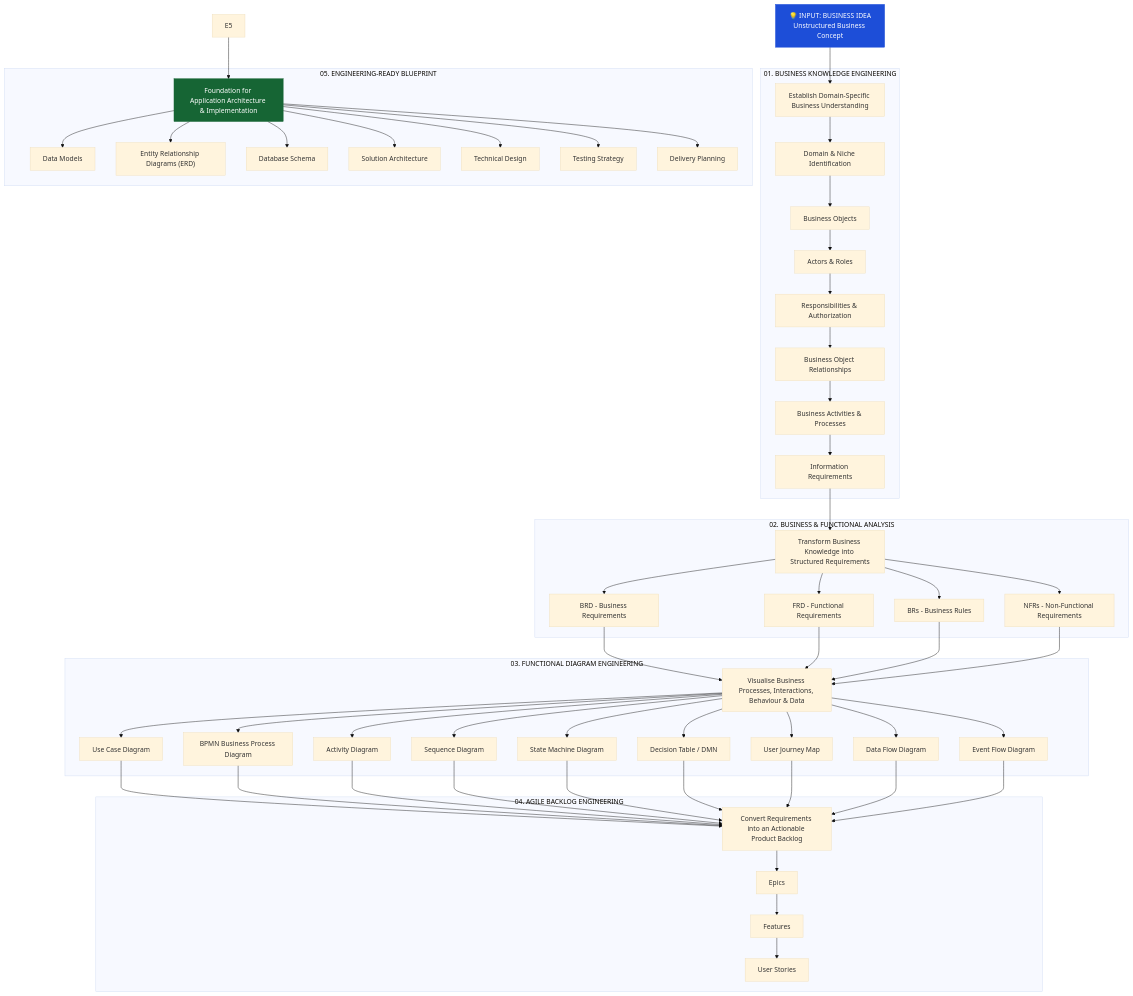
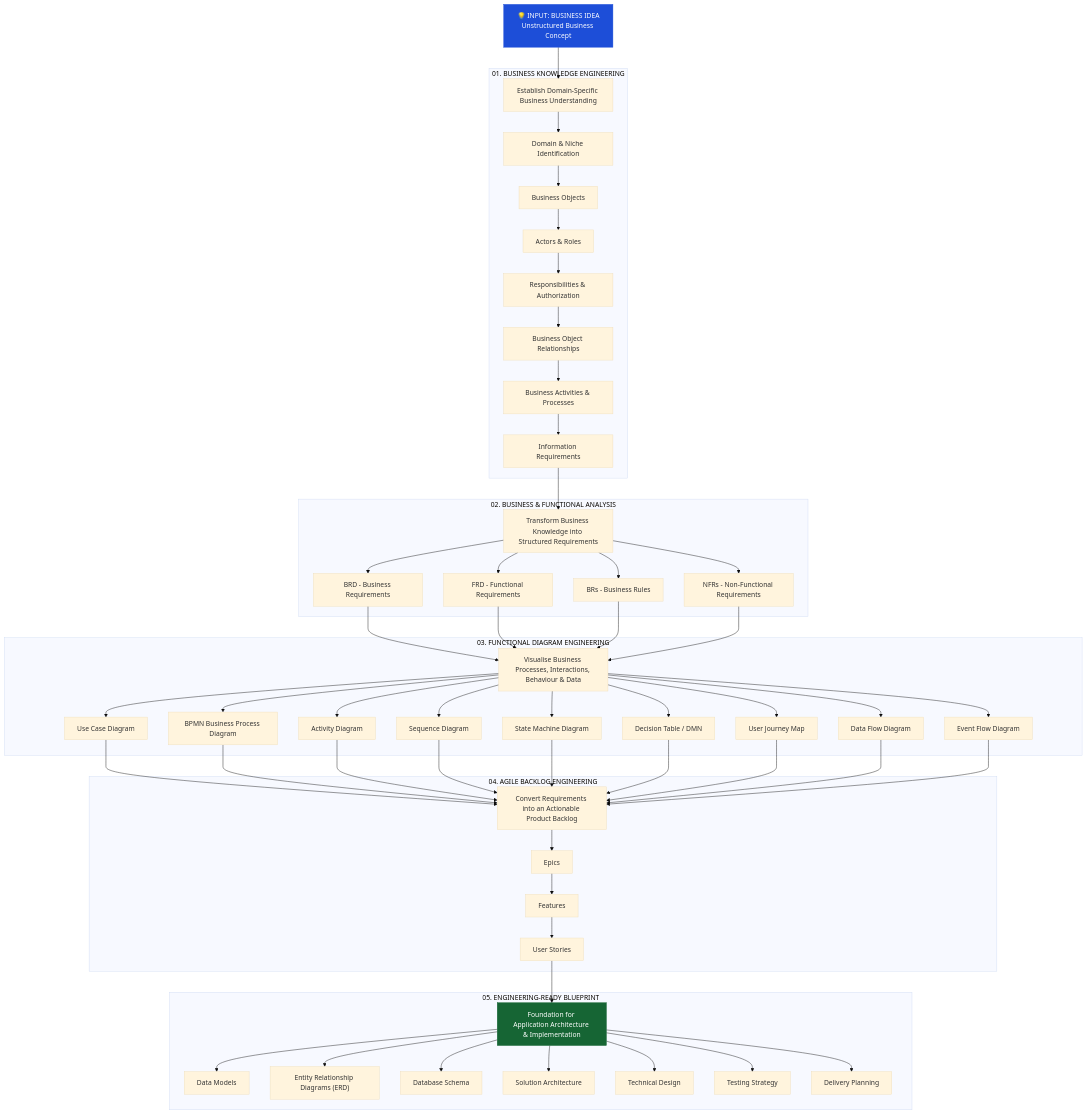
One commit to matt212/Domain-Agnostic-Application-Engineering-Platform changed the first of 2 diagrams in readme.MD. Above: the diagram before and after it, drawn with Mermaid (base theme).

Commit message:
read me content update

````diff
--- a/readme.MD
+++ b/readme.MD
@@ -203,79 +203,79 @@
 ```mermaid
 flowchart TD
     A["💡 INPUT: BUSINESS IDEA<br/>Unstructured Business Concept"]
 
     A --> B
 
     subgraph S1["01. BUSINESS KNOWLEDGE ENGINEERING"]
         B["Establish Domain-Specific Business Understanding"]
         B --> B1["Domain & Niche Identification"]
         B1 --> B2["Business Objects"]
         B2 --> B3["Actors & Roles"]
         B3 --> B4["Responsibilities & Authorization"]
         B4 --> B5["Business Object Relationships"]
         B5 --> B6["Business Activities & Processes"]
         B6 --> B7["Information Requirements"]
     end
 
     B7 --> C
 
     subgraph S2["02. BUSINESS & FUNCTIONAL ANALYSIS"]
         C["Transform Business Knowledge into Structured Requirements"]
         C --> C1["BRD - Business Requirements"]
         C --> C2["FRD - Functional Requirements"]
         C --> C3["BRs - Business Rules"]
         C --> C4["NFRs - Non-Functional Requirements"]
     end
 
     C1 --> D
     C2 --> D
     C3 --> D
     C4 --> D
 
     subgraph S3["03. FUNCTIONAL DIAGRAM ENGINEERING"]
         D["Visualise Business Processes, Interactions, Behaviour & Data"]
         D --> D1["Use Case Diagram"]
         D --> D2["BPMN Business Process Diagram"]
         D --> D3["Activity Diagram"]
         D --> D4["Sequence Diagram"]
         D --> D5["State Machine Diagram"]
         D --> D6["Decision Table / DMN"]
         D --> D7["User Journey Map"]
         D --> D8["Data Flow Diagram"]
         D --> D9["Event Flow Diagram"]
     end
 
     D1 --> E
     D2 --> E
     D3 --> E
     D4 --> E
     D5 --> E
     D6 --> E
     D7 --> E
     D8 --> E
     D9 --> E
 
     subgraph S4["04. AGILE BACKLOG ENGINEERING"]
         E["Convert Requirements into an Actionable Product Backlog"]
         E --> E1["Epics"]
         E1 --> E2["Features"]
         E2 --> E3["User Stories"]
-       
+        
     end
 
-    E5 --> F
+    E3 --> F
 
     subgraph S5["05. ENGINEERING-READY BLUEPRINT"]
         F["Foundation for Application Architecture & Implementation"]
         F --> F1["Data Models"]
         F --> F2["Entity Relationship Diagrams (ERD)"]
         F --> F3["Database Schema"]
         F --> F4["Solution Architecture"]
         F --> F5["Technical Design"]
         F --> F6["Testing Strategy"]
         F --> F7["Delivery Planning"]
     end
 
     style A fill:#1d4ed8,color:#fff,stroke:#1d4ed8
     style F fill:#166534,color:#fff,stroke:#166534
 ```
````
